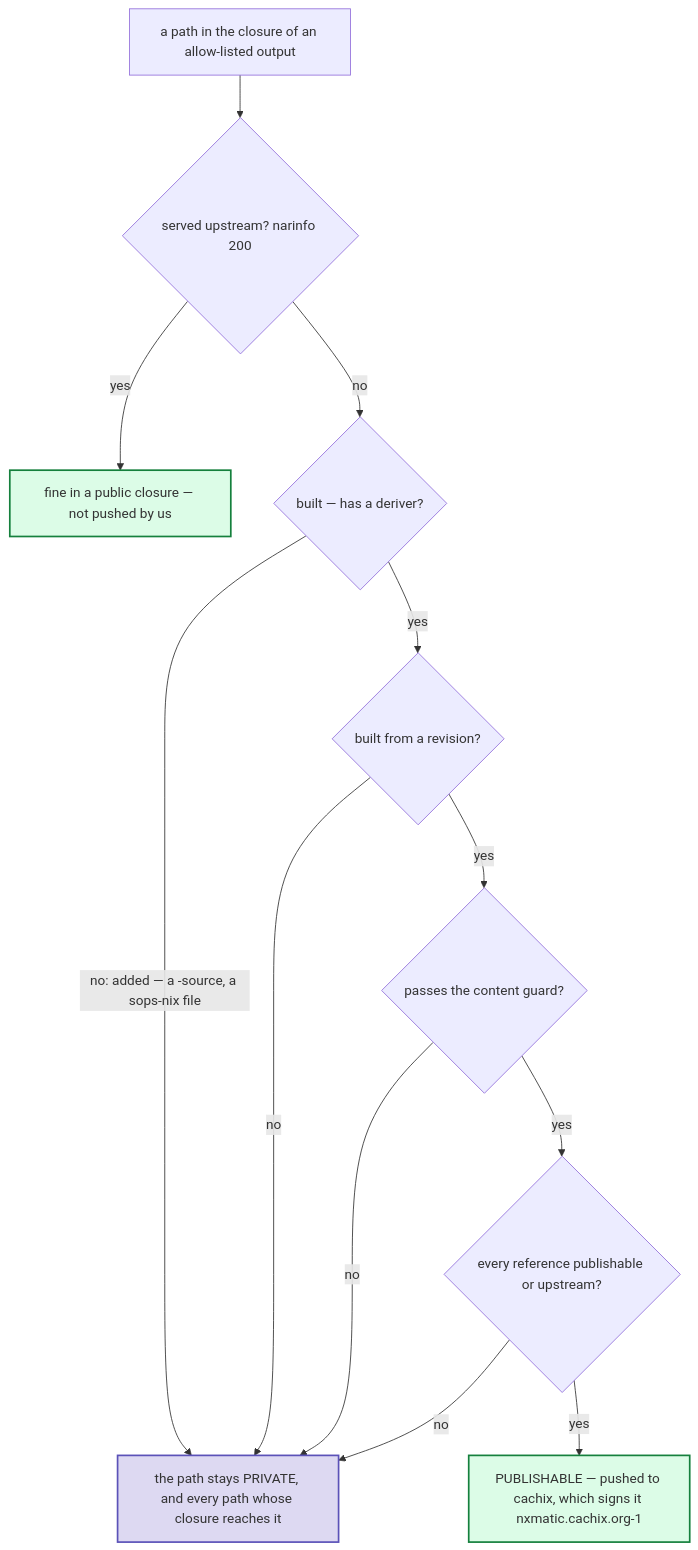
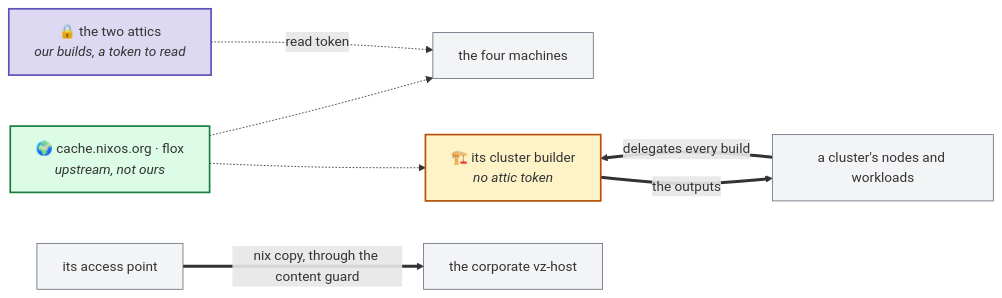
Before and after one commit to seedmatic/ndh: the fifth of 14 diagrams in docs/private-binary-cache-spec.adoc, drawn with Mermaid. The commit also changed other lines of this file and 1 other file, not shown here.

```diff
--- a/docs/private-binary-cache-spec.adoc
+++ b/docs/private-binary-cache-spec.adoc
@@ -650,18 +600,21 @@
 [mermaid]
 ....
-flowchart TD
-  P["a path in the closure of an allow-listed output"] --> U{"served upstream? narinfo 200"}
-  U -->|"yes"| OK["fine in a public closure — not pushed by us"]:::pub
-  U -->|"no"| D{"built — has a deriver?"}
-  D -->|"no: added — a -source, a sops-nix file"| PRIV["the path stays PRIVATE, and every path whose closure reaches it"]:::priv
-  D -->|"yes"| R{"built from a revision?"}
-  R -->|"no"| PRIV
-  R -->|"yes"| G{"passes the content guard?"}
-  G -->|"no"| PRIV
-  G -->|"yes"| C{"every reference publishable or upstream?"}
-  C -->|"no"| PRIV
-  C -->|"yes"| PUB["PUBLISHABLE — pushed to cachix, which signs it nxmatic.cachix.org-1"]:::pub
+flowchart LR
+  UP["🌍 cache.nixos.org · flox<br/><i>upstream, not ours</i>"]:::up
+  AT["🔒 the two attics<br/><i>our builds, a token to read</i>"]:::priv
+  M["the four machines"]:::who
+  CL["a cluster's nodes and workloads"]:::who
+  CB["🏗️ its cluster builder<br/><i>no attic token</i>"]:::builder
+  VZ["the corporate vz-host"]:::who
+  AP["its access point"]:::who
+  UP -.-> M & CB
+  AT -.->|"read token"| M
+  CL ==>|"delegates every build"| CB
+  CB ==>|"the outputs"| CL
+  AP ==>|"nix copy, through the content guard"| VZ
 
-  classDef pub fill:#dcfce7,stroke:#15803d,stroke-width:2px;
+  classDef up fill:#dcfce7,stroke:#15803d,stroke-width:2px;
   classDef priv fill:#ddd9f2,stroke:#5b52b8,stroke-width:2px;
+  classDef builder fill:#fef3c7,stroke:#b45309,stroke-width:2px;
+  classDef who fill:#f3f4f6,stroke:#6b7280;
 ....
```
